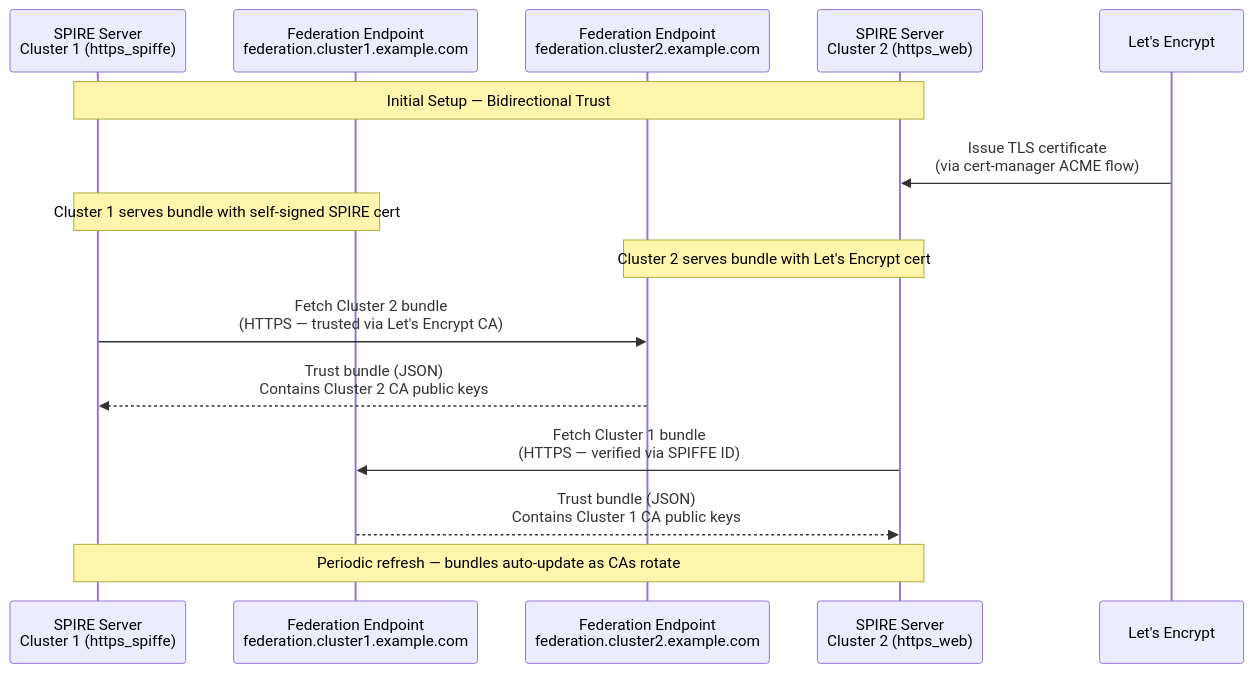
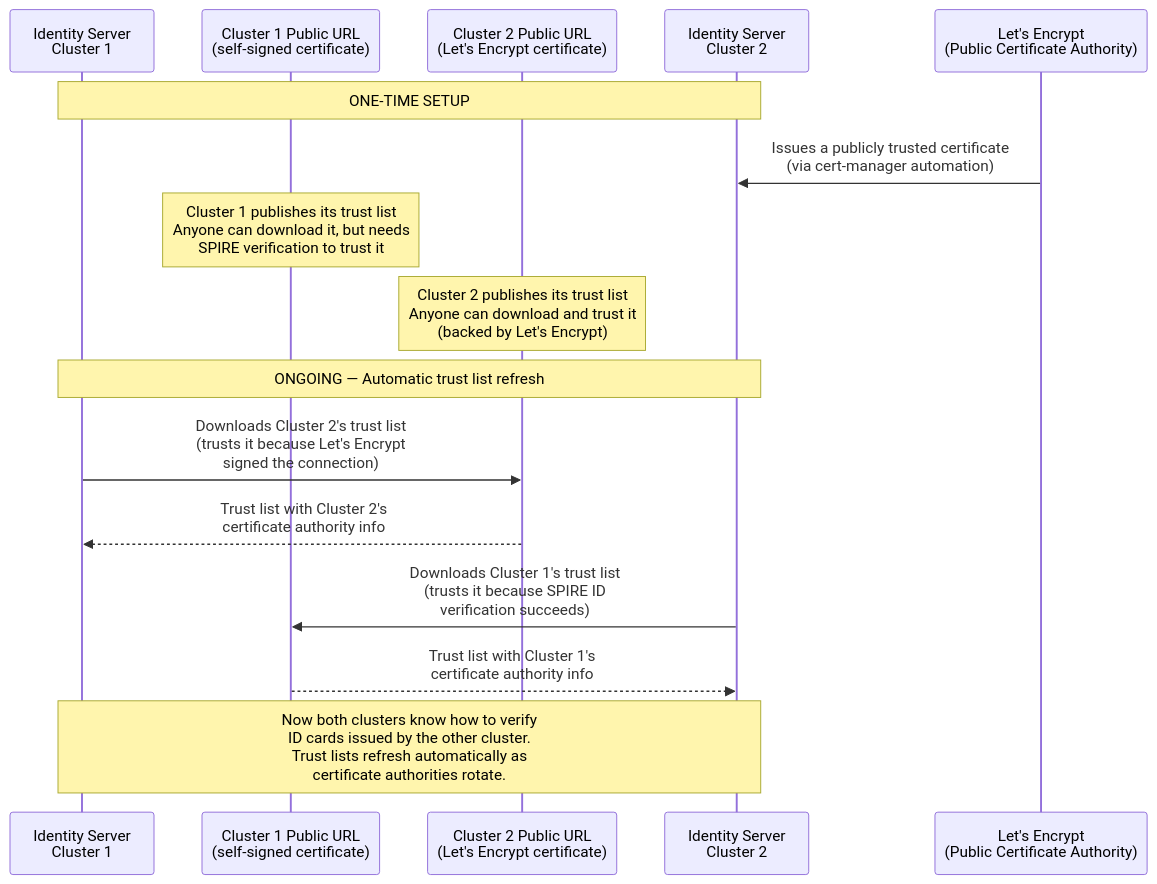
Before and after one commit to sayak-redhat/redhat-openshift-onboarding: the fifth of 7 diagrams in SPIFFE-Federation-RDS-Flowchart.md, drawn with Mermaid. The commit also changed other lines of this file, not shown here.

First line of the commit message:
Rewrite flowchart for beginners - plain English, analogies, jargon decoder

````diff
--- a/SPIFFE-Federation-RDS-Flowchart.md
+++ b/SPIFFE-Federation-RDS-Flowchart.md
@@ -184,23 +202,24 @@
 ```mermaid
 sequenceDiagram
-    participant S1 as SPIRE Server<br/>Cluster 1 (https_spiffe)
-    participant FE1 as Federation Endpoint<br/>federation.cluster1.example.com
-    participant FE2 as Federation Endpoint<br/>federation.cluster2.example.com
-    participant S2 as SPIRE Server<br/>Cluster 2 (https_web)
-    participant LE as Let's Encrypt
+    participant S1 as Identity Server<br/>Cluster 1
+    participant EP1 as Cluster 1 Public URL<br/>(self-signed certificate)
+    participant EP2 as Cluster 2 Public URL<br/>(Let's Encrypt certificate)
+    participant S2 as Identity Server<br/>Cluster 2
+    participant LE as Let's Encrypt<br/>(Public Certificate Authority)
 
-    Note over S1,S2: Initial Setup — Bidirectional Trust
+    Note over S1,S2: ONE-TIME SETUP
 
-    LE->>S2: Issue TLS certificate<br/>(via cert-manager ACME flow)
+    LE->>S2: Issues a publicly trusted certificate<br/>(via cert-manager automation)
+    Note over EP1: Cluster 1 publishes its trust list<br/>Anyone can download it, but needs<br/>SPIRE verification to trust it
+    Note over EP2: Cluster 2 publishes its trust list<br/>Anyone can download and trust it<br/>(backed by Let's Encrypt)
 
-    Note over S1,FE1: Cluster 1 serves bundle with self-signed SPIRE cert
-    Note over S2,FE2: Cluster 2 serves bundle with Let's Encrypt cert
+    Note over S1,S2: ONGOING — Automatic trust list refresh
 
-    S1->>FE2: Fetch Cluster 2 bundle<br/>(HTTPS — trusted via Let's Encrypt CA)
-    FE2-->>S1: Trust bundle (JSON)<br/>Contains Cluster 2 CA public keys
+    S1->>EP2: Downloads Cluster 2's trust list<br/>(trusts it because Let's Encrypt<br/>signed the connection)
+    EP2-->>S1: Trust list with Cluster 2's<br/>certificate authority info
 
-    S2->>FE1: Fetch Cluster 1 bundle<br/>(HTTPS — verified via SPIFFE ID)
-    FE1-->>S2: Trust bundle (JSON)<br/>Contains Cluster 1 CA public keys
+    S2->>EP1: Downloads Cluster 1's trust list<br/>(trusts it because SPIRE ID<br/>verification succeeds)
+    EP1-->>S2: Trust list with Cluster 1's<br/>certificate authority info
 
-    Note over S1,S2: Periodic refresh — bundles auto-update as CAs rotate
+    Note over S1,S2: Now both clusters know how to verify<br/>ID cards issued by the other cluster.<br/>Trust lists refresh automatically as<br/>certificate authorities rotate.
 ```
````
